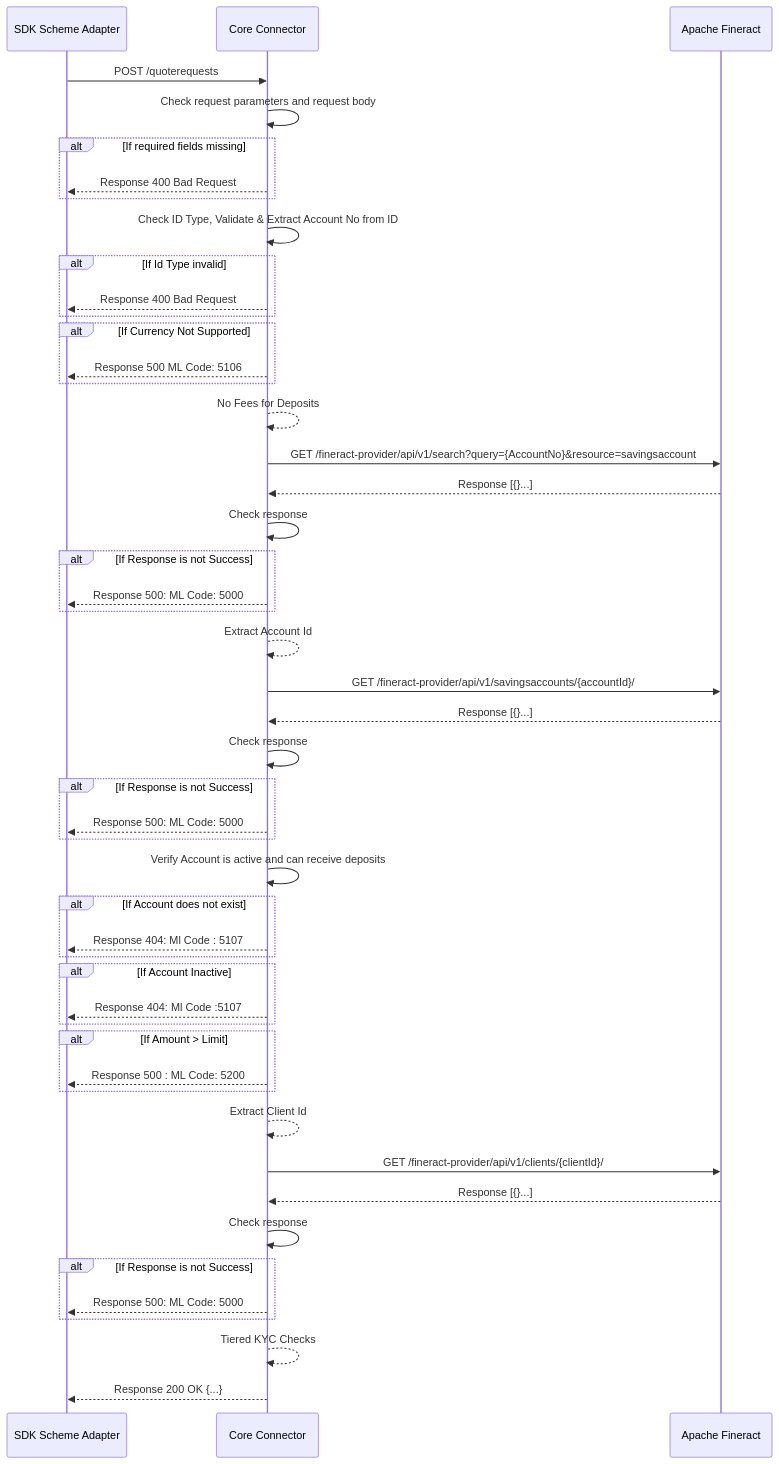
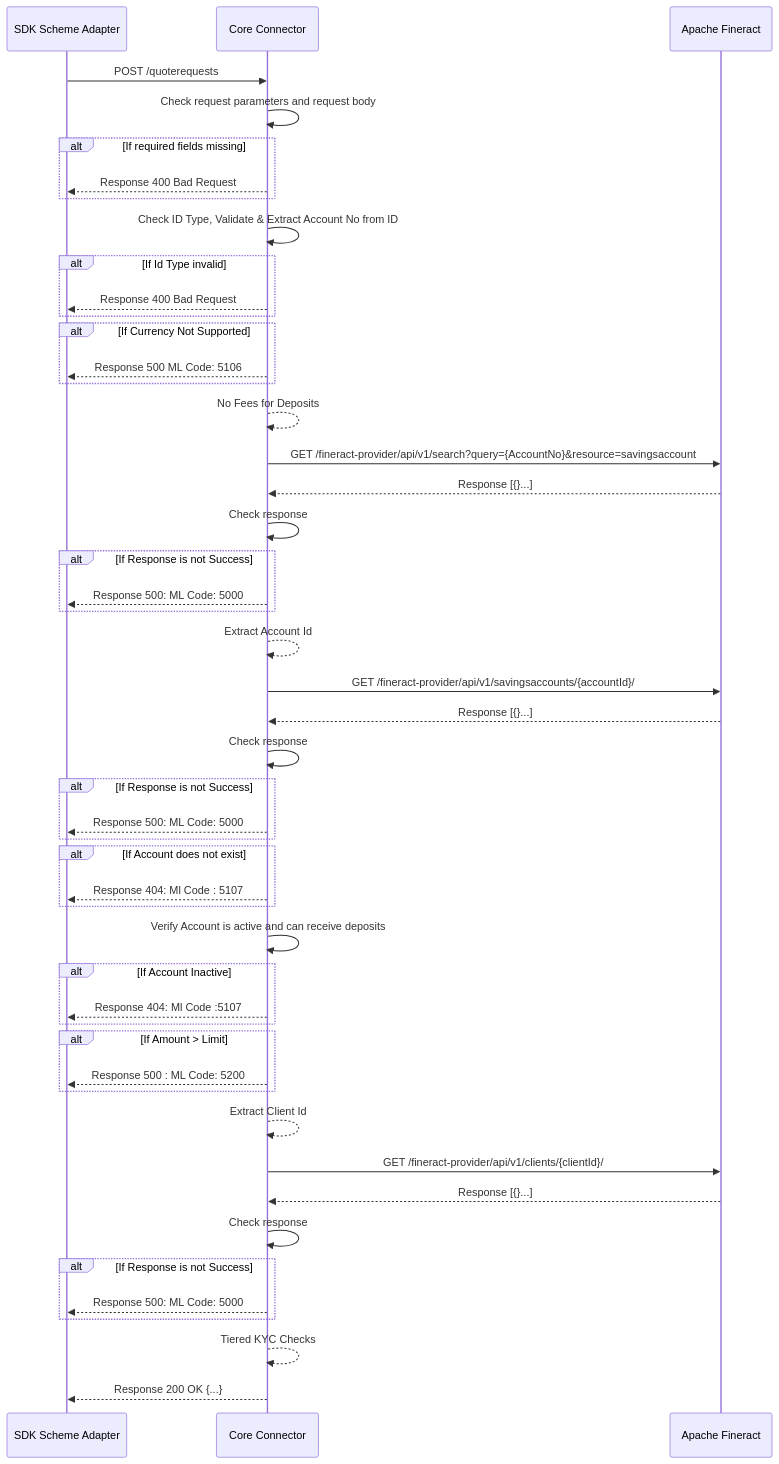
Before and after one commit to mojaloop/mifos-core-connector-docs: the diagram in docs/PayeeQuoteRequest.md, drawn with Mermaid. The commit also changed other lines of this file, not shown here.

````diff
--- a/docs/PayeeQuoteRequest.md
+++ b/docs/PayeeQuoteRequest.md
@@ -3,48 +3,48 @@
 ```mermaid
 sequenceDiagram
     SDK Scheme Adapter->>Core Connector: POST /quoterequests
     Core Connector ->> Core Connector: Check request parameters and request body
     Alt If required fields missing
     Core Connector-->>SDK Scheme Adapter: Response 400 Bad Request
     End
     Core Connector->>Core Connector: Check ID Type, Validate & Extract Account No from ID
     Alt If Id Type invalid
     Core Connector-->>SDK Scheme Adapter: Response 400 Bad Request
     End
     Alt If Currency Not Supported
     Core Connector -->> SDK Scheme Adapter: Response 500 ML Code: 5106
     End
     Core Connector-->>Core Connector: No Fees for Deposits
     Core Connector->>Apache Fineract: GET /fineract-provider/api/v1/search?query={AccountNo}&resource=savingsaccount
     Apache Fineract-->>Core Connector: Response [{}...]
     Core Connector ->> Core Connector: Check response
     Alt If Response is not Success
     Core Connector -->> SDK Scheme Adapter: Response 500: ML Code: 5000
     End
     Core Connector-->>Core Connector: Extract Account Id
     Core Connector->>Apache Fineract: GET /fineract-provider/api/v1/savingsaccounts/{accountId}/
     Apache Fineract-->>Core Connector: Response [{}...]
     Core Connector ->> Core Connector: Check response
     Alt If Response is not Success
     Core Connector -->> SDK Scheme Adapter: Response 500: ML Code: 5000
     End
-    Core Connector->>Core Connector: Verify Account is active and can receive deposits
     Alt If Account does not exist
     Core Connector -->> SDK Scheme Adapter: Response 404: Ml Code : 5107
     End 
+    Core Connector->>Core Connector: Verify Account is active and can receive deposits
     Alt If Account Inactive
     Core Connector -->> SDK Scheme Adapter: Response 404: Ml Code :5107
     End
     Alt If Amount > Limit
     Core Connector -->> SDK Scheme Adapter: Response 500 : ML Code: 5200
     End
     Core Connector-->>Core Connector: Extract Client Id
     Core Connector->>Apache Fineract: GET /fineract-provider/api/v1/clients/{clientId}/
     Apache Fineract-->>Core Connector: Response [{}...]
     Core Connector ->> Core Connector: Check response
     Alt If Response is not Success
     Core Connector -->> SDK Scheme Adapter: Response 500: ML Code: 5000
     End 
     Core Connector-->>Core Connector: Tiered KYC Checks 
     Core Connector-->>SDK Scheme Adapter: Response 200 OK {...}
 ```
````
